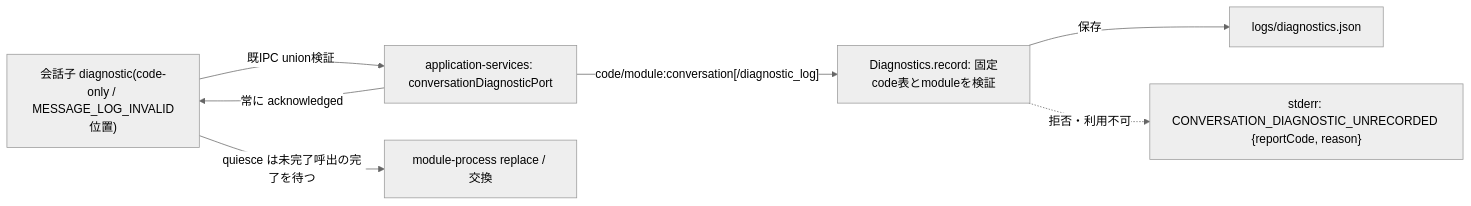
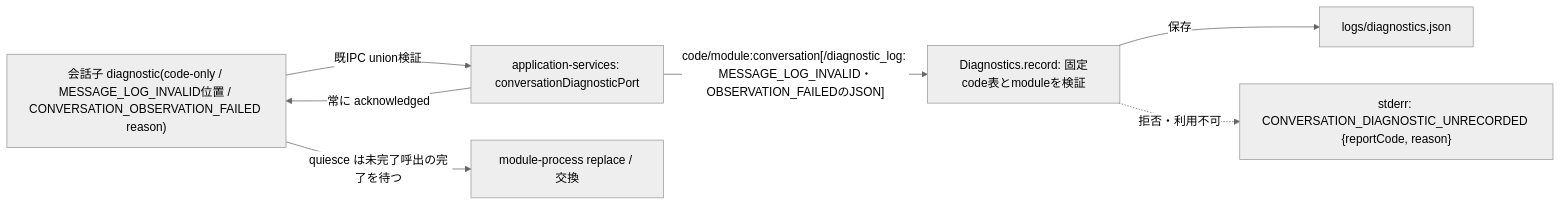
Diagram 32 of 42 in docs/architecture/modules/integration/README.md (kitepon/BellTeam), drawn with Mermaid (neutral theme) before and after one commit. The commit also changed other lines of this file and 3 other files, not shown here.

First line of the commit message:
Keep the conversation observer failure and its reason in Diagnostics

````diff
--- a/docs/architecture/modules/integration/README.md
+++ b/docs/architecture/modules/integration/README.md
@@ -707,9 +707,9 @@
 ```mermaid
 flowchart LR
-  Child["会話子 diagnostic(code-only / MESSAGE_LOG_INVALID位置)"] -->|"既IPC union検証"| Port["application-services: conversationDiagnosticPort"]
-  Port -->|"code/module:conversation[/diagnostic_log]"| Record["Diagnostics.record: 固定code表とmoduleを検証"]
+  Child["会話子 diagnostic(code-only / MESSAGE_LOG_INVALID位置 / CONVERSATION_OBSERVATION_FAILED reason)"] -->|"既IPC union検証"| Port["application-services: conversationDiagnosticPort"]
+  Port -->|"code/module:conversation[/diagnostic_log: MESSAGE_LOG_INVALID・OBSERVATION_FAILEDのJSON]"| Record["Diagnostics.record: 固定code表とmoduleを検証"]
   Record -->|"保存"| Store["logs/diagnostics.json"]
   Record -.->|"拒否・利用不可"| Stderr["stderr: CONVERSATION_DIAGNOSTIC_UNRECORDED {reportCode, reason}"]
   Port -->|"常に acknowledged"| Child
   Child -->|"quiesce は未完了呼出の完了を待つ"| Exchange["module-process replace / 交換"]
 ```
````
